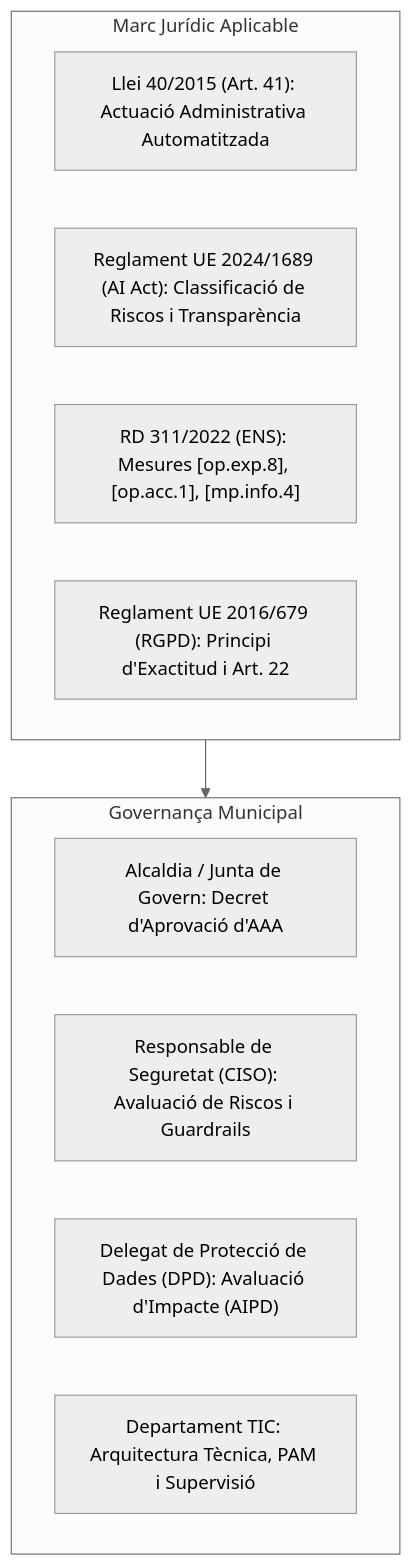
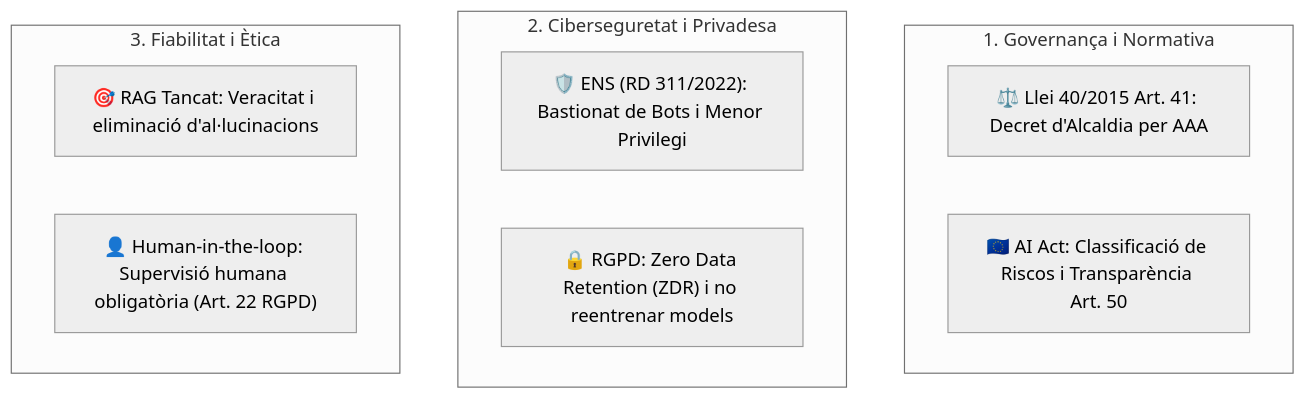
Before and after one commit to oriolmapu/opo: the second of 2 diagrams in recursos/casos_practics/05_ia_segura_i_robotitzacio_processos_rpa.md, drawn with Mermaid (neutral theme). The commit also changed other lines of this file, not shown here.

````diff
--- a/recursos/casos_practics/05_ia_segura_i_robotitzacio_processos_rpa.md
+++ b/recursos/casos_practics/05_ia_segura_i_robotitzacio_processos_rpa.md
@@ -64,18 +63,15 @@
 ```mermaid
 flowchart TD
-    subgraph MARCS_LEGALS["Marc Jurídic Aplicable"]
-        L40["Llei 40/2015 (Art. 41): Actuació Administrativa Automatitzada"]
-        AIACT["Reglament UE 2024/1689 (AI Act): Classificació de Riscos i Transparència"]
-        ENS["RD 311/2022 (ENS): Mesures [op.exp.8], [op.acc.1], [mp.info.4]"]
-        RGPD["Reglament UE 2016/679 (RGPD): Principi d'Exactitud i Art. 22"]
+    subgraph PRINCIPI_LEGAL["1. Governança i Normativa"]
+        P1["⚖️ Llei 40/2015 Art. 41: Decret d'Alcaldia per AAA"]
+        P2["🇪🇺 AI Act: Classificació de Riscos i Transparència Art. 50"]
     end
-
-    subgraph ROLS["Governança Municipal"]
-        DIR["Alcaldia / Junta de Govern: Decret d'Aprovació d'AAA"]
-        CISO["Responsable de Seguretat (CISO): Avaluació de Riscos i Guardrails"]
-        DPO["Delegat de Protecció de Dades (DPD): Avaluació d'Impacte (AIPD)"]
-        TIC["Departament TIC: Arquitectura Tècnica, PAM i Supervisió"]
+    subgraph PRINCIPI_SEGURETAT["2. Ciberseguretat i Privadesa"]
+        P3["🛡️ ENS (RD 311/2022): Bastionat de Bots i Menor Privilegi"]
+        P4["🔒 RGPD: Zero Data Retention (ZDR) i no reentrenar models"]
     end
-
-    MARCS_LEGALS --> ROLS
+    subgraph PRINCIPI_ETIC["3. Fiabilitat i Ètica"]
+        P5["🎯 RAG Tancat: Veracitat i eliminació d'al·lucinacions"]
+        P6["👤 Human-in-the-loop: Supervisió humana obligatòria (Art. 22 RGPD)"]
+    end
 ```
````
